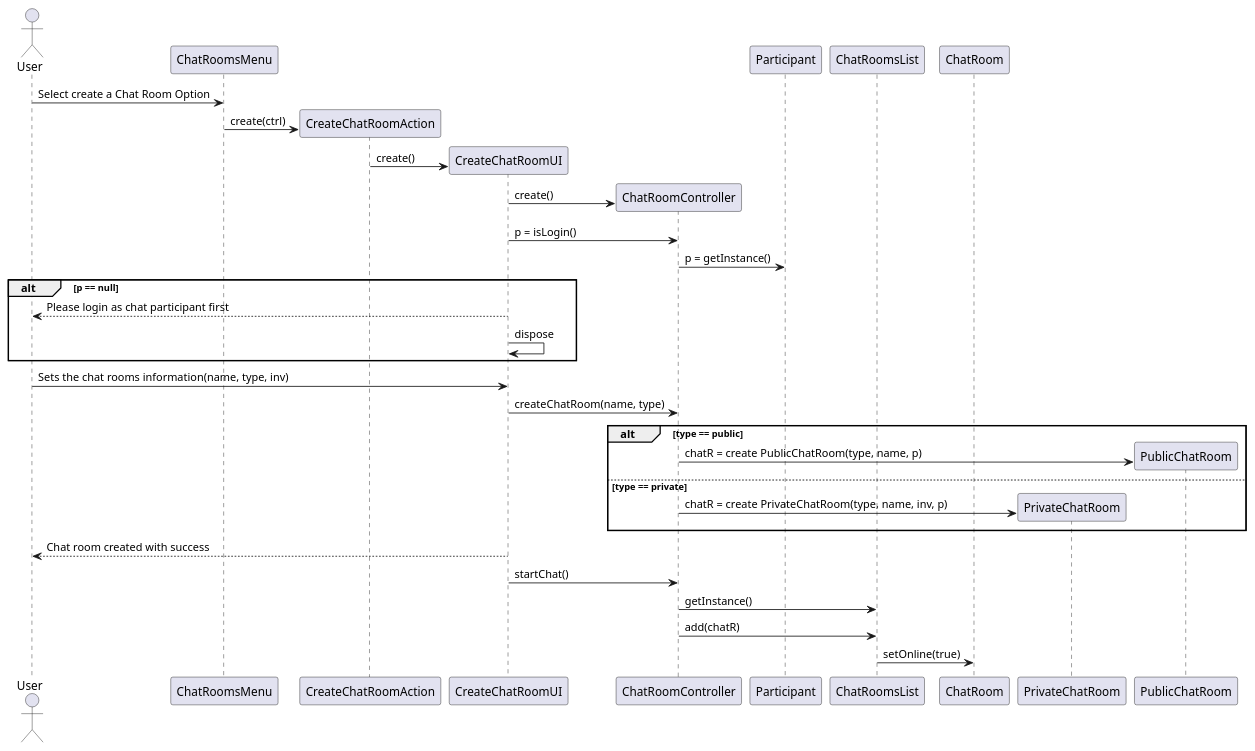
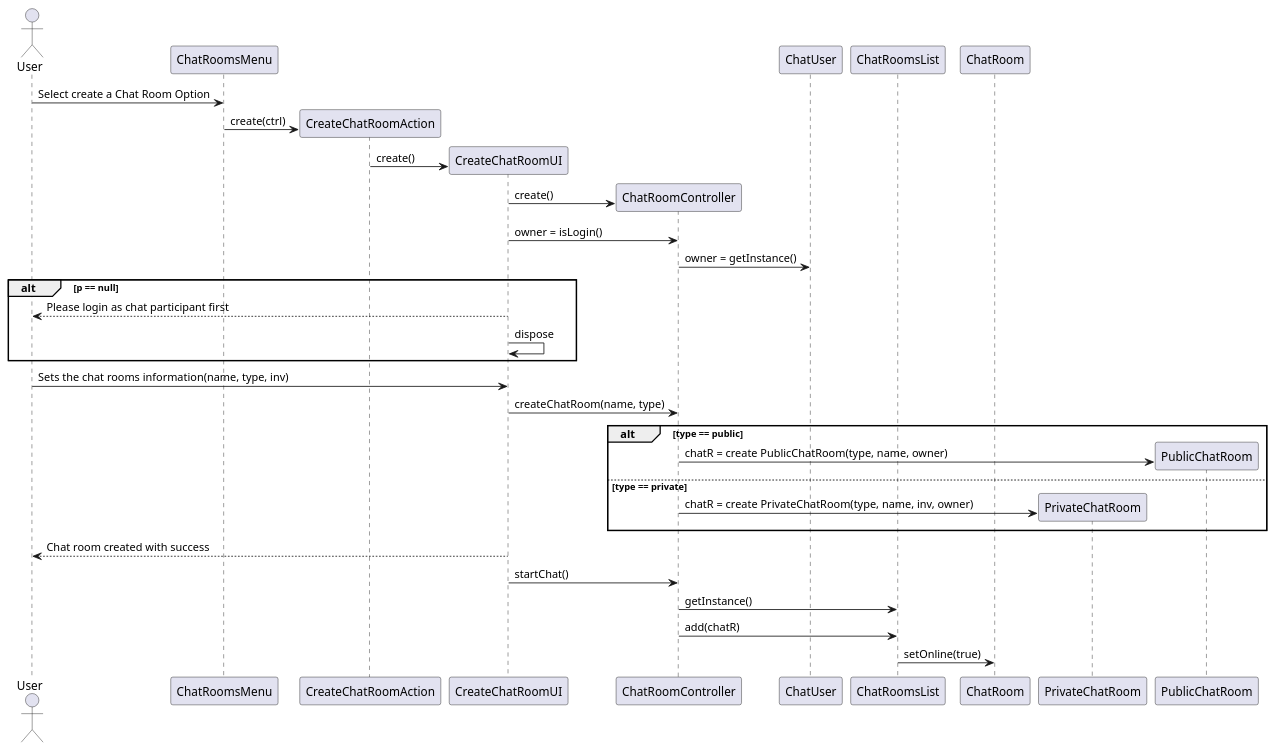
The diagram in src/main/java/lapr4/red/s3/ipc/n1140388/chatrooms/design_createChatRoom_ipc05.3.puml (PeFerreira98/ISEP.Lic.LAPR4_2017), drawn with PlantUML before and after one commit. The commit also changed 8 other files, not shown here.

Commit message:
LAPR4E17DL-193 #time 40min Add chat rooms to the Menu, Add a ChatRoom class and the type of ChatRoom (private or public) Add an extension to the use case

```diff
--- a/src/main/java/lapr4/red/s3/ipc/n1140388/chatrooms/design_createChatRoom_ipc05.3.puml
+++ b/src/main/java/lapr4/red/s3/ipc/n1140388/chatrooms/design_createChatRoom_ipc05.3.puml
@@ -1,50 +1,50 @@
 @startuml design_createChatRoom_ipc05.3.png
 actor User
 participant "ChatRoomsMenu" as menu
 participant "CreateChatRoomAction" as action
 participant "CreateChatRoomUI" as ui
 participant "ChatRoomController" as ctrl
-participant "Participant" as p
+participant "ChatUser" as p
 participant "ChatRoomsList" as chatRL
 participant "ChatRoom" as chatR
 participant "PrivateChatRoom" as priv
 participant "PublicChatRoom" as pub
 
 
 User -> menu : Select create a Chat Room Option
 create action
 menu -> action : create(ctrl)
 
 create ui
 action -> ui : create()
 create ctrl
 ui -> ctrl: create()
 
-ui -> ctrl : p = isLogin()
-ctrl -> p : p = getInstance()
+ui -> ctrl : owner = isLogin()
+ctrl -> p : owner = getInstance()
 
 alt p == null
     User <-- ui : Please login as chat participant first
     ui -> ui : dispose
 end alt
 
 User -> ui : Sets the chat rooms information(name, type, inv)
 ui -> ctrl : createChatRoom(name, type)
 alt type == public
     create pub
-    ctrl -> pub : chatR = create PublicChatRoom(type, name, p)
+    ctrl -> pub : chatR = create PublicChatRoom(type, name, owner)
 else type == private
     create priv
-    ctrl -> priv : chatR = create PrivateChatRoom(type, name, inv, p)
+    ctrl -> priv : chatR = create PrivateChatRoom(type, name, inv, owner)
     
 end
 
 ui --> User : Chat room created with success
 
 ui -> ctrl : startChat()
 ctrl -> chatRL : getInstance()
 ctrl -> chatRL : add(chatR)
 chatRL -> chatR : setOnline(true)
 
 
 @enduml
```
